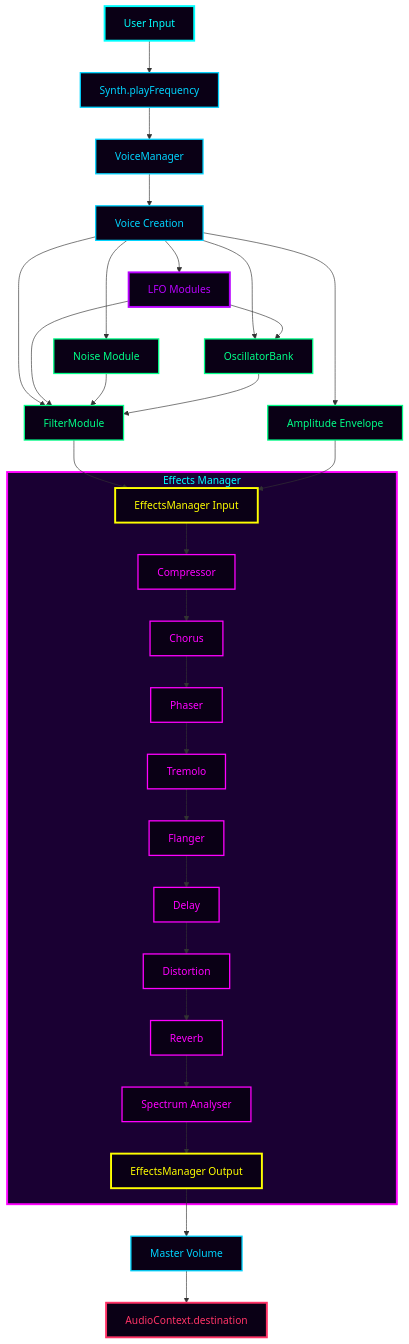
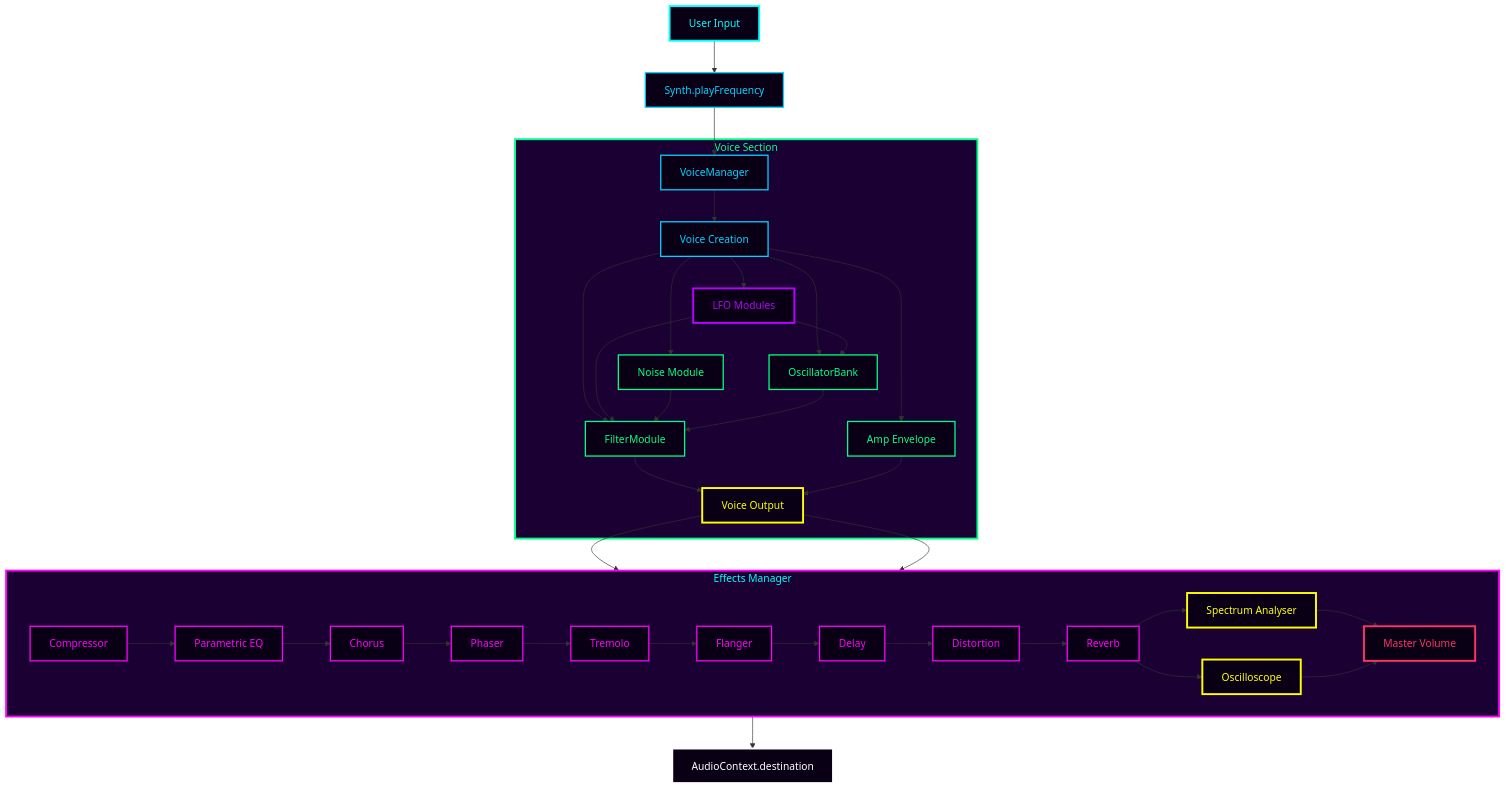
The diagram in docs/architecture.md (Macavitymadcap/web-synth), drawn with Mermaid before and after one commit. The commit also changed other lines of this file and 23 other files, not shown here.

First line of the commit message:
feat(synth-0021): oscilloscope and parametric eq. (#17)

````diff
--- a/docs/architecture.md
+++ b/docs/architecture.md
@@ -822,59 +821,70 @@
 ```mermaid
 graph TD
-    A[User Input] --> B[Synth.playFrequency]
-    B --> C[VoiceManager]
-    
+  A[User Input] --> B[Synth.playFrequency]
+  B --> C[VoiceManager]
+
+  %% Voice Section
+  subgraph VS["Voice Section"]
     C --> D[Voice Creation]
     D --> E[OscillatorBank]
     D --> F[FilterModule]
-    D --> G[Amplitude Envelope]
+    D --> G[Amp Envelope]
     D --> H[LFO Modules]
     D --> I[Noise Module]
-    
     H --> F
     H --> E
     I --> F
     E --> F
-    F --> J[EffectsManager Input]
+    F --> J[Voice Output]
     G --> J
-    
-    subgraph EM["Effects Manager"]
-        J --> K[Compressor]
-        K --> L[Chorus]
-        L --> M[Phaser]
-        M --> N[Tremolo]
-        N --> O[Flanger]
-        O --> P[Delay]
-        P --> Q[Distortion]
-        Q --> R[Reverb]
-        R --> S[Spectrum Analyser]
-        S --> T[EffectsManager Output]
-    end
-    
-    T --> U[Master Volume]
-    U --> V[AudioContext.destination]
-    
-    style A fill:#0a0015,stroke:#00ffff,stroke-width:3px,color:#00ffff
-    style B fill:#0a0015,stroke:#00d4ff,stroke-width:2px,color:#00d4ff
-    style C fill:#0a0015,stroke:#00d4ff,stroke-width:2px,color:#00d4ff
-    style D fill:#0a0015,stroke:#00d4ff,stroke-width:2px,color:#00d4ff
-    style E fill:#0a0015,stroke:#00ff88,stroke-width:2px,color:#00ff88
-    style F fill:#0a0015,stroke:#00ff88,stroke-width:2px,color:#00ff88
-    style G fill:#0a0015,stroke:#00ff88,stroke-width:2px,color:#00ff88
-    style H fill:#0a0015,stroke:#b800ff,stroke-width:3px,color:#b800ff
-    style I fill:#0a0015,stroke:#00ff88,stroke-width:2px,color:#00ff88
-    style J fill:#0a0015,stroke:#ffff00,stroke-width:3px,color:#ffff00
-    style K fill:#0a0015,stroke:#ff00ff,stroke-width:2px,color:#ff00ff
-    style L fill:#0a0015,stroke:#ff00ff,stroke-width:2px,color:#ff00ff
-    style M fill:#0a0015,stroke:#ff00ff,stroke-width:2px,color:#ff00ff
-    style N fill:#0a0015,stroke:#ff00ff,stroke-width:2px,color:#ff00ff
-    style O fill:#0a0015,stroke:#ff00ff,stroke-width:2px,color:#ff00ff
-    style P fill:#0a0015,stroke:#ff00ff,stroke-width:2px,color:#ff00ff
-    style Q fill:#0a0015,stroke:#ff00ff,stroke-width:2px,color:#ff00ff
-    style R fill:#0a0015,stroke:#ff00ff,stroke-width:2px,color:#ff00ff
-    style S fill:#0a0015,stroke:#ff00ff,stroke-width:2px,color:#ff00ff
-    style T fill:#0a0015,stroke:#ffff00,stroke-width:3px,color:#ffff00
-    style U fill:#0a0015,stroke:#00d4ff,stroke-width:2px,color:#00d4ff
-    style V fill:#0a0015,stroke:#ff3366,stroke-width:3px,color:#ff3366
-    style EM fill:#1a0033,stroke:#ff00ff,stroke-width:3px,color:#00ffff
+  end
+
+  %% Effects Chain
+  J --> EM
+
+  subgraph EM["Effects Manager"]
+    direction LR
+    J --> K[Compressor]
+    K --> L[Parametric EQ]
+    L --> M[Chorus]
+    M --> N[Phaser]
+    N --> O[Tremolo]
+    O --> P[Flanger]
+    P --> Q[Delay]
+    Q --> R[Distortion]
+    R --> S[Reverb]
+    S --> T1[Spectrum Analyser]
+    S --> T2[Oscilloscope]
+    T1 --> U[Master Volume]
+    T2 --> U
+  end
+
+  U --> V[AudioContext.destination]
+
+  %% Node styles
+  style A fill:#0a0015,stroke:#00ffff,stroke-width:3px,color:#00ffff
+  style B fill:#0a0015,stroke:#00d4ff,stroke-width:2px,color:#00d4ff
+  style C fill:#0a0015,stroke:#00d4ff,stroke-width:2px,color:#00d4ff
+  style VS fill:#1a0033,stroke:#00ff88,stroke-width:3px,color:#00ff88
+  style D fill:#0a0015,stroke:#00d4ff,stroke-width:2px,color:#00d4ff
+  style E fill:#0a0015,stroke:#00ff88,stroke-width:2px,color:#00ff88
+  style F fill:#0a0015,stroke:#00ff88,stroke-width:2px,color:#00ff88
+  style G fill:#0a0015,stroke:#00ff88,stroke-width:2px,color:#00ff88
+  style H fill:#0a0015,stroke:#b800ff,stroke-width:3px,color:#b800ff
+  style I fill:#0a0015,stroke:#00ff88,stroke-width:2px,color:#00ff88
+  style J fill:#0a0015,stroke:#ffff00,stroke-width:3px,color:#ffff00
+  style EM fill:#1a0033,stroke:#ff00ff,stroke-width:3px,color:#00ffff
+  style K fill:#0a0015,stroke:#ff00ff,stroke-width:2px,color:#ff00ff
+  style L fill:#0a0015,stroke:#ff00ff,stroke-width:2px,color:#ff00ff
+  style M fill:#0a0015,stroke:#ff00ff,stroke-width:2px,color:#ff00ff
+  style N fill:#0a0015,stroke:#ff00ff,stroke-width:2px,color:#ff00ff
+  style O fill:#0a0015,stroke:#ff00ff,stroke-width:2px,color:#ff00ff
+  style P fill:#0a0015,stroke:#ff00ff,stroke-width:2px,color:#ff00ff
+  style Q fill:#0a0015,stroke:#ff00ff,stroke-width:2px,color:#ff00ff
+  style R fill:#0a0015,stroke:#ff00ff,stroke-width:2px,color:#ff00ff
+  style S fill:#0a0015,stroke:#ff00ff,stroke-width:2px,color:#ff00ff
+  style T1 fill:#0a0015,stroke:#ffff00,stroke-width:3px,color:#ffff00
+  style T2 fill:#0a0015,stroke:#ffff00,stroke-width:3px,color:#ffff00
+  style U fill:#0a0015,stroke:#ff3366,stroke-width:3px,color:#ff3366
+  style V fill:#0a0015,stroke:#ffffff,stroke-width:3px,color:#ffffff
 ```
````
